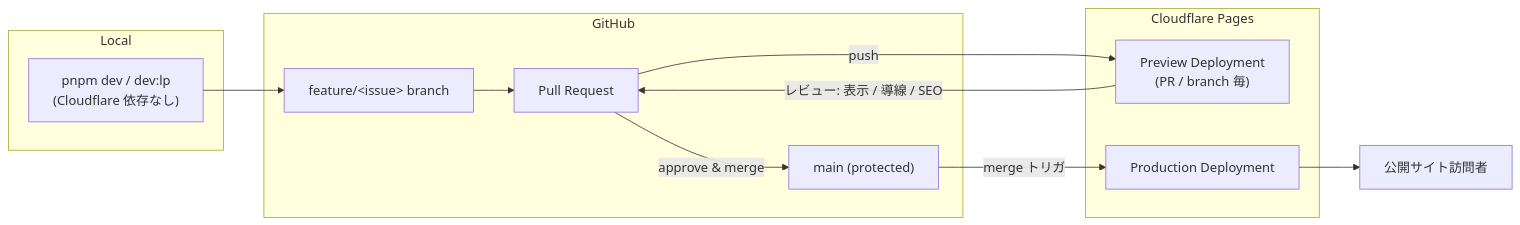
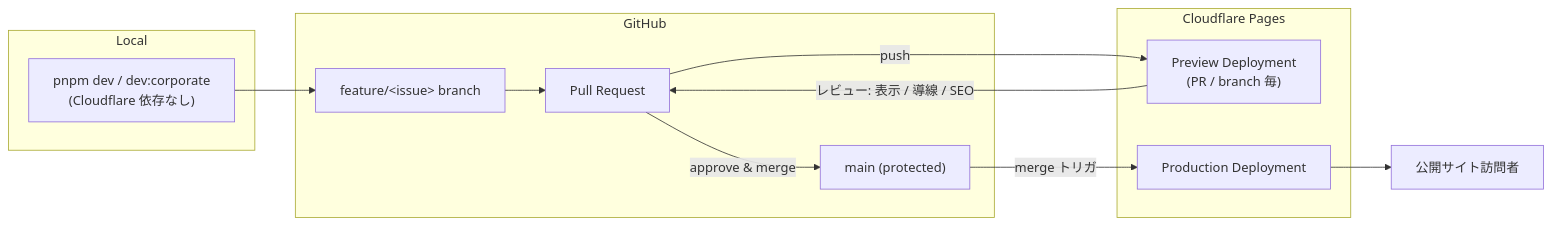
Before and after one commit to Fukuemon/kufu-apps: the diagram in context/infrastructure.md, drawn with Mermaid. The commit also changed other lines of this file and 77 other files, not shown here.

````diff
--- a/context/infrastructure.md
+++ b/context/infrastructure.md
@@ -38,22 +38,22 @@
 ```mermaid
 flowchart LR
     subgraph Dev["Local"]
-        Local["pnpm dev / dev:lp<br/>(Cloudflare 依存なし)"]
+        Local["pnpm dev / dev:corporate<br/>(Cloudflare 依存なし)"]
     end
     subgraph GH["GitHub"]
         FB["feature/&lt;issue&gt; branch"]
         PR["Pull Request"]
         Main["main (protected)"]
     end
     subgraph CF["Cloudflare Pages"]
         Preview["Preview Deployment<br/>(PR / branch 毎)"]
         Prod["Production Deployment"]
     end
     Local --> FB
     FB --> PR
     PR -->|push| Preview
     Preview -->|レビュー: 表示 / 導線 / SEO| PR
     PR -->|approve & merge| Main
     Main -->|merge トリガ| Prod
     Prod --> Users["公開サイト訪問者"]
 ```
````
